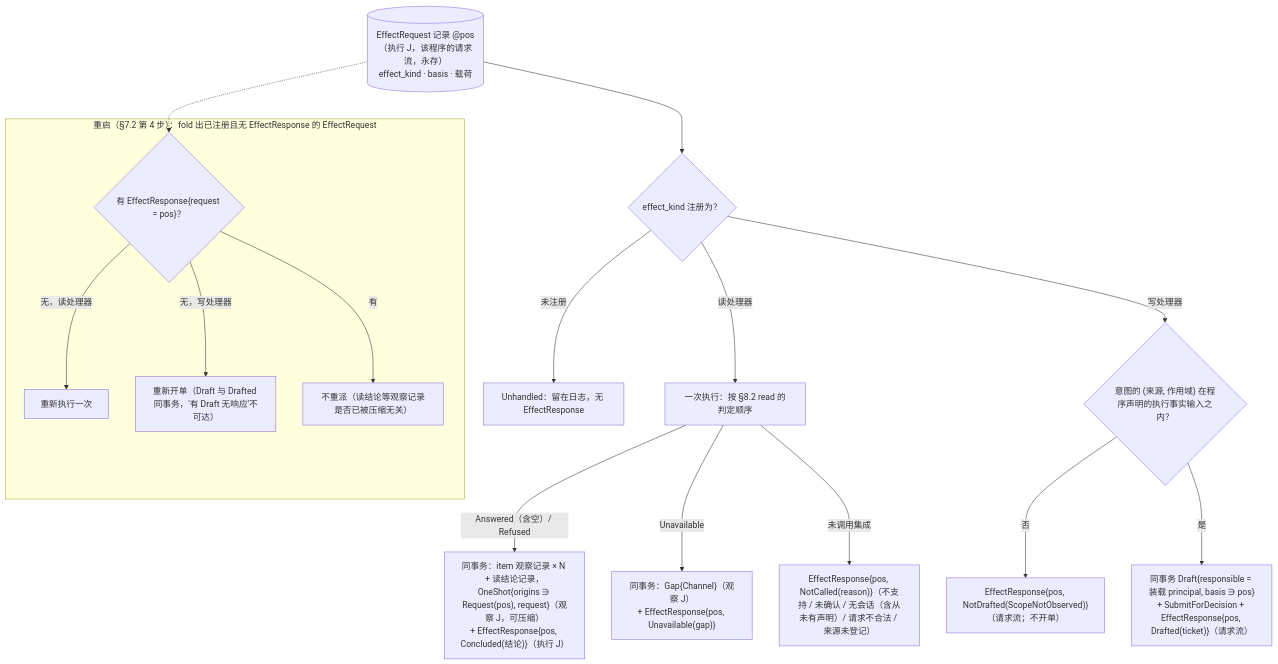
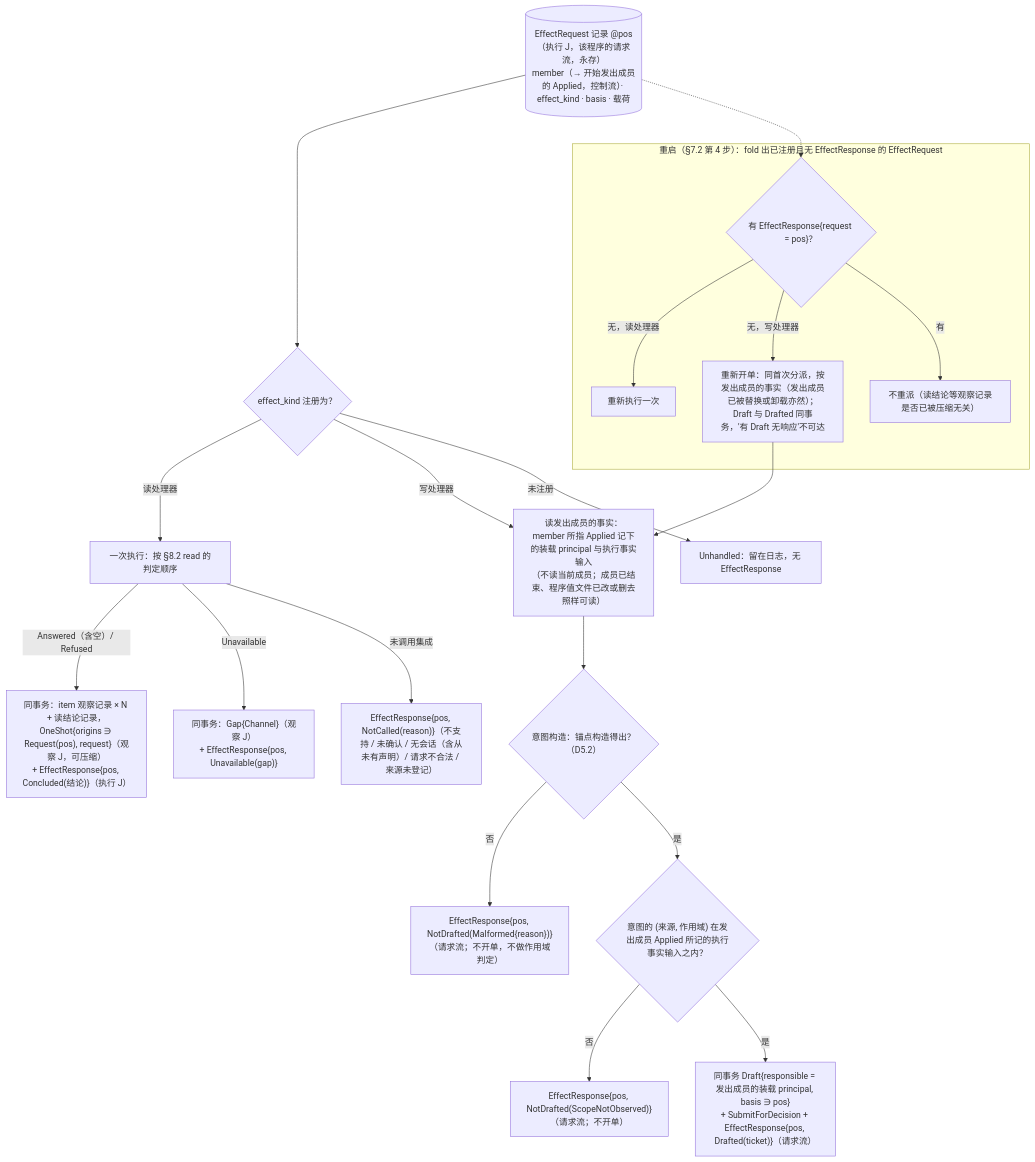
The third of 3 diagrams in design/diagrams/04-program-host.md (mouriya-s-lab/uta), drawn with Mermaid before and after one commit. The commit also changed other lines of this file and 7 other files, not shown here.

````diff
--- a/design/diagrams/04-program-host.md
+++ b/design/diagrams/04-program-host.md
@@ -118,21 +128,25 @@
 ```mermaid
 flowchart TB
-  ER[("EffectRequest 记录 @pos（执行 J，该程序的请求流，永存）<br/>effect_kind · basis · 载荷")]
+  ER[("EffectRequest 记录 @pos（执行 J，该程序的请求流，永存）<br/>member（→ 开始发出成员的 Applied，控制流）· effect_kind · basis · 载荷")]
   REG{"effect_kind 注册为？"}
   ER --> REG
   REG -->|"读处理器"| RD["一次执行：按 §8.2 read 的判定顺序"]
   RD -->|"Answered（含空）/ Refused"| R1["同事务：item 观察记录 × N + 读结论记录，OneShot{origins ∋ Request(pos), request}（观察 J，可压缩）<br/>+ EffectResponse{pos, Concluded(结论)}（执行 J）"]
   RD -->|"Unavailable"| R2["同事务：Gap{Channel}（观察 J）<br/>+ EffectResponse{pos, Unavailable(gap)}"]
   RD -->|"未调用集成"| R3["EffectResponse{pos, NotCalled(reason)}（不支持 / 未确认 / 无会话（含从未有声明）/ 请求不合法 / 来源未登记）"]
-  REG -->|"写处理器"| WSC{"意图的 (来源, 作用域) 在程序声明的执行事实输入之内？"}
+  REG -->|"写处理器"| WM["读发出成员的事实：member 所指 Applied 记下的装载 principal 与执行事实输入<br/>（不读当前成员；成员已结束、程序值文件已改或删去照样可读）"]
+  WM --> WCON{"意图构造：锚点构造得出？（D5.2）"}
+  WCON -->|"否"| WMAL["EffectResponse{pos, NotDrafted(Malformed{reason})}（请求流；不开单，不做作用域判定）"]
+  WCON -->|"是"| WSC{"意图的 (来源, 作用域) 在发出成员 Applied 所记的执行事实输入之内？"}
   WSC -->|"否"| WN["EffectResponse{pos, NotDrafted(ScopeNotObserved)}（请求流；不开单）"]
-  WSC -->|"是"| WR["同事务 Draft{responsible = 装载 principal, basis ∋ pos}<br/>+ SubmitForDecision + EffectResponse{pos, Drafted(ticket)}（请求流）"]
+  WSC -->|"是"| WR["同事务 Draft{responsible = 发出成员的装载 principal, basis ∋ pos}<br/>+ SubmitForDecision + EffectResponse{pos, Drafted(ticket)}（请求流）"]
   REG -->|"未注册"| UH["Unhandled：留在日志，无 EffectResponse"]
   subgraph RESTART["重启（§7.2 第 4 步）：fold 出已注册且无 EffectResponse 的 EffectRequest"]
     Q1{"有 EffectResponse{request = pos}？"}
     Q1 -->|"无，读处理器"| RD2["重新执行一次"]
-    Q1 -->|"无，写处理器"| WR2["重新开单（Draft 与 Drafted 同事务，'有 Draft 无响应'不可达）"]
+    Q1 -->|"无，写处理器"| WR2["重新开单：同首次分派，按发出成员的事实（发出成员已被替换或卸载亦然）；Draft 与 Drafted 同事务，'有 Draft 无响应'不可达"]
     Q1 -->|"有"| SKIP["不重派（读结论等观察记录是否已被压缩无关）"]
   end
   ER -.-> Q1
+  WR2 --> WM
 ```
````
